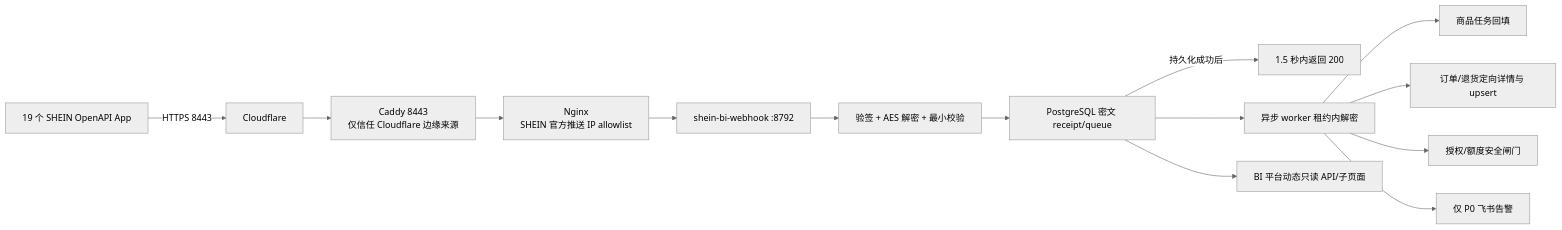
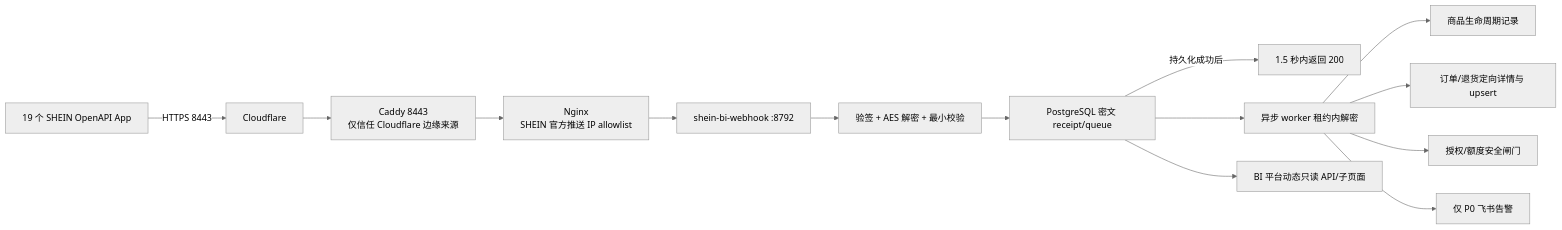
One commit to dushengyi1993/shein-sales-bi changed the diagram in docs/shein-webhook-receiver-design.md. Above: the diagram before and after it, drawn with Mermaid (neutral theme). The commit also changed other lines of this file and 28 other files, not shown here.

````diff
--- a/docs/shein-webhook-receiver-design.md
+++ b/docs/shein-webhook-receiver-design.md
@@ -17,16 +17,16 @@
 ```mermaid
 flowchart LR
   A["19 个 SHEIN OpenAPI App"] -->|"HTTPS 8443"| B["Cloudflare"]
   B --> C["Caddy 8443\n仅信任 Cloudflare 边缘来源"]
   C --> D["Nginx\nSHEIN 官方推送 IP allowlist"]
   D --> E["shein-bi-webhook :8792"]
   E --> F["验签 + AES 解密 + 最小校验"]
   F --> G["PostgreSQL 密文 receipt/queue"]
   G -->|"持久化成功后"| H["1.5 秒内返回 200"]
   G --> I["异步 worker 租约内解密"]
-  I --> J["商品任务回填"]
+  I --> J["商品生命周期记录"]
   I --> K["订单/退货定向详情与 upsert"]
   I --> L["授权/额度安全闸门"]
   I --> M["仅 P0 飞书告警"]
   G --> N["BI 平台动态只读 API/子页面"]
 ```
````
